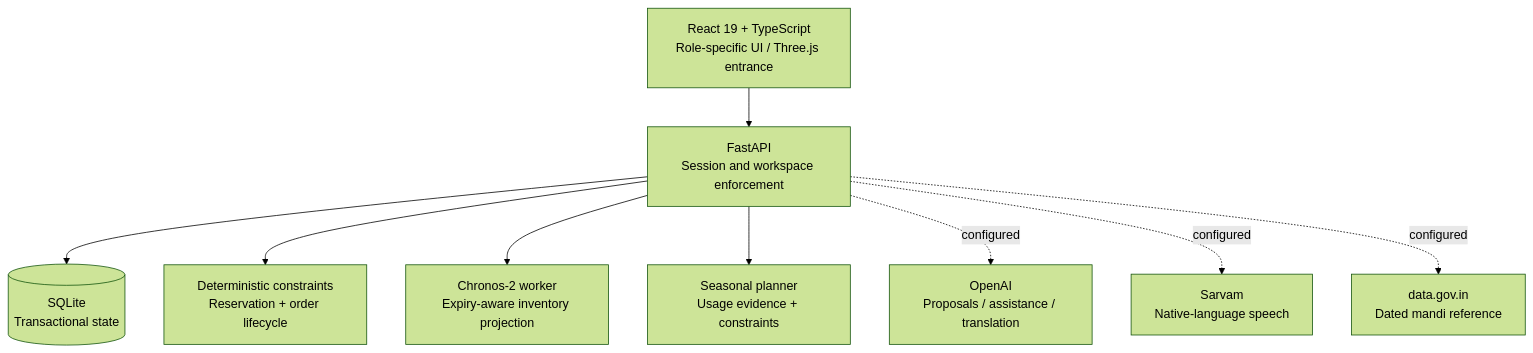
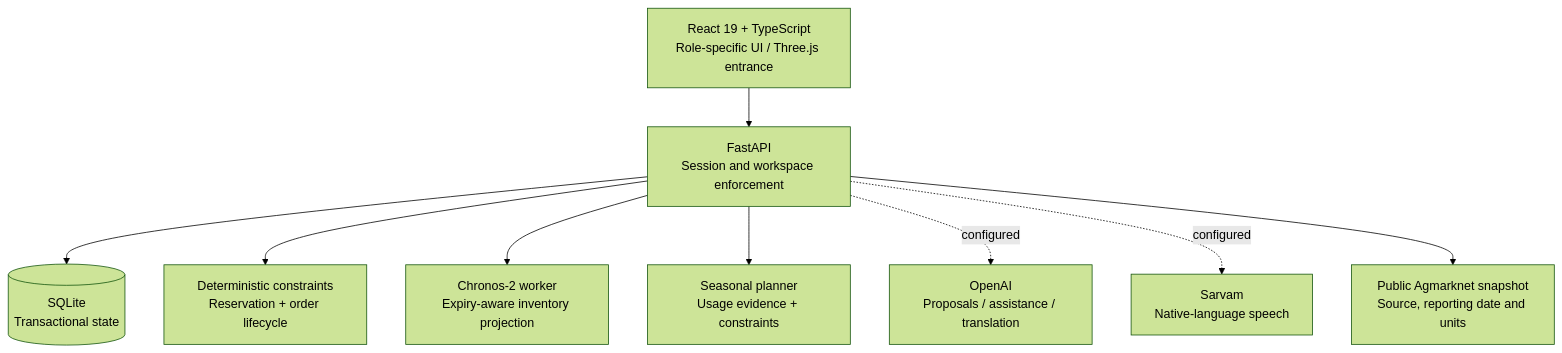
The second of 2 diagrams in README.md (Preethesh16/HarvestLink), drawn with Mermaid (forest theme) before and after one commit. The commit also changed other lines of this file and 50 other files, not shown here.

````diff
--- a/README.md
+++ b/README.md
@@ -125,11 +135,11 @@
 ```mermaid
 flowchart TB
     UI[React 19 + TypeScript\nRole-specific UI / Three.js entrance] --> API[FastAPI\nSession and workspace enforcement]
     API --> DB[(SQLite\nTransactional state)]
     API --> RULES[Deterministic constraints\nReservation + order lifecycle]
     API --> FORECAST[Chronos-2 worker\nExpiry-aware inventory projection]
     API --> PLAN[Seasonal planner\nUsage evidence + constraints]
     API -. configured .-> OPENAI[OpenAI\nProposals / assistance / translation]
     API -. configured .-> SARVAM[Sarvam\nNative-language speech]
-    API -. configured .-> GOV[data.gov.in\nDated mandi reference]
+    API --> GOV[Public Agmarknet snapshot\nSource, reporting date and units]
 ```
````
